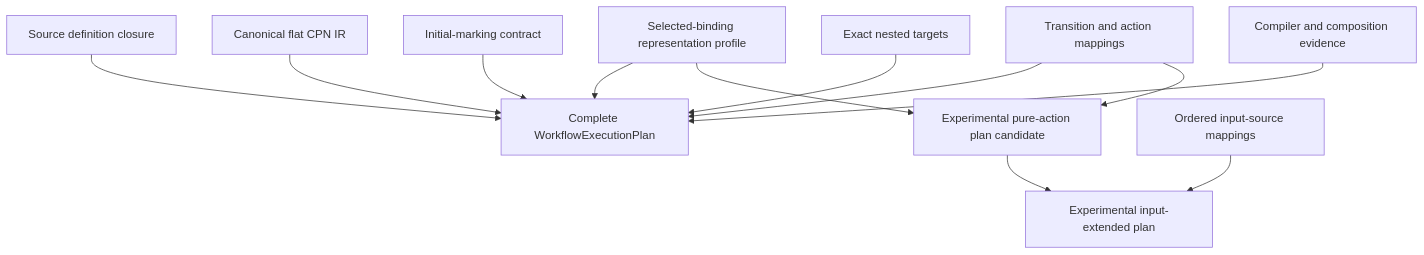
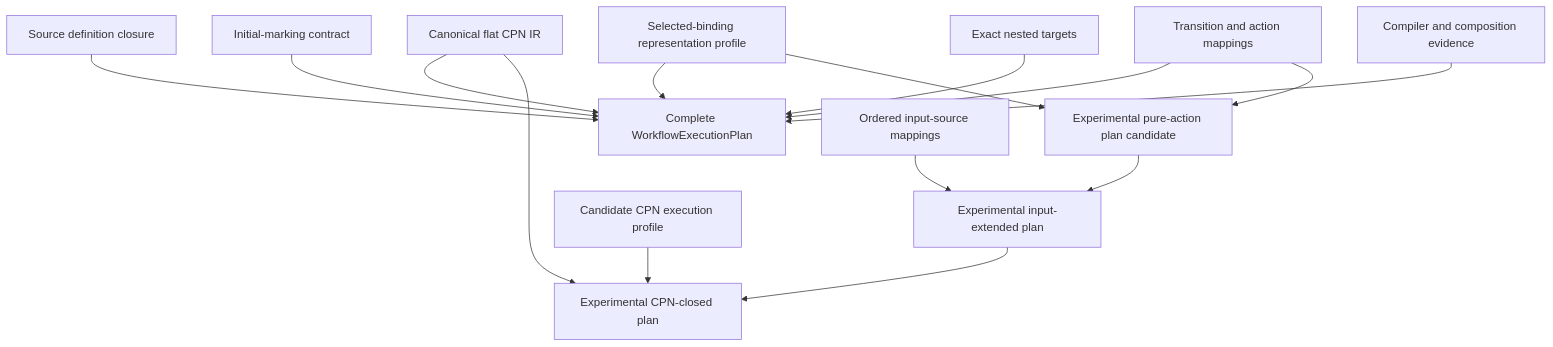
Before and after one commit to eragasa/projectkoios-workflow: the diagram in docs/architecture/projectkoios/workflow/compilation/planning/WorkflowExecutionPlan/schematic.md, drawn with Mermaid. The commit also changed other lines of this file and 33 other files, not shown here.

````diff
--- a/docs/architecture/projectkoios/workflow/compilation/planning/WorkflowExecutionPlan/schematic.md
+++ b/docs/architecture/projectkoios/workflow/compilation/planning/WorkflowExecutionPlan/schematic.md
@@ -5,24 +5,27 @@
 ```mermaid
 flowchart TD
     D[Source definition closure]
     C[Canonical flat CPN IR]
     I[Initial-marking contract]
     P[Selected-binding representation profile]
     A[Transition and action mappings]
     N[Exact nested targets]
     E[Compiler and composition evidence]
     W[Complete WorkflowExecutionPlan]
 
     D --> W
     C --> W
     I --> W
     P --> W
     A --> W
     N --> W
     E --> W
 
     P --> X[Experimental pure-action plan candidate]
     A --> X
     X --> Y[Experimental input-extended plan]
     S[Ordered input-source mappings] --> Y
+    Y --> Z[Experimental CPN-closed plan]
+    C --> Z
+    R[Candidate CPN execution profile] --> Z
 ```
````
